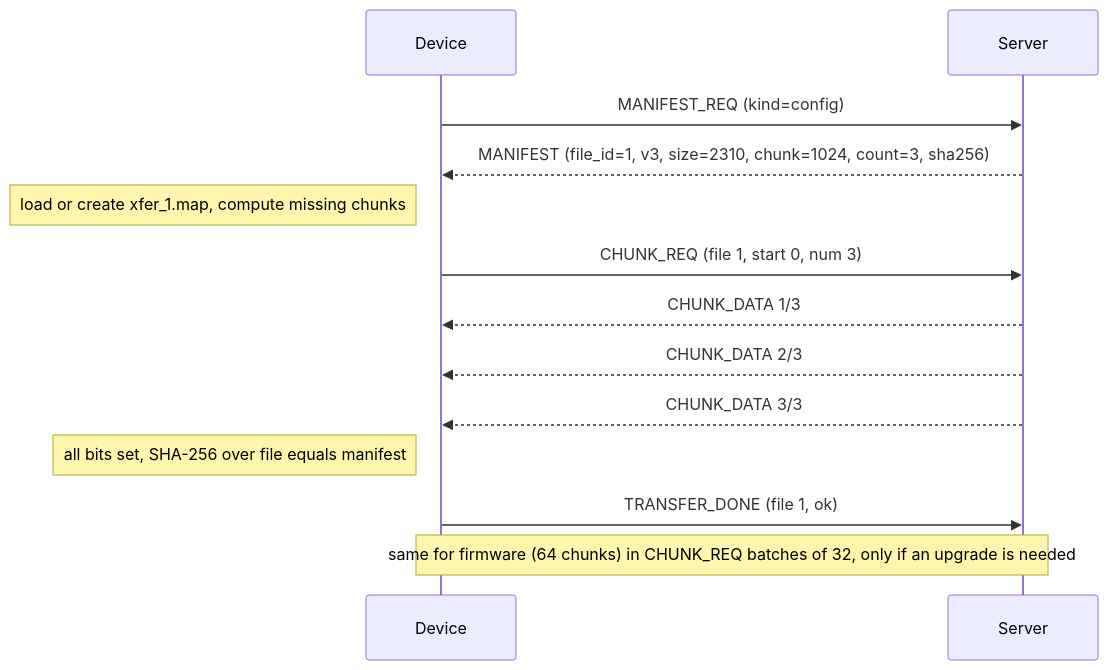
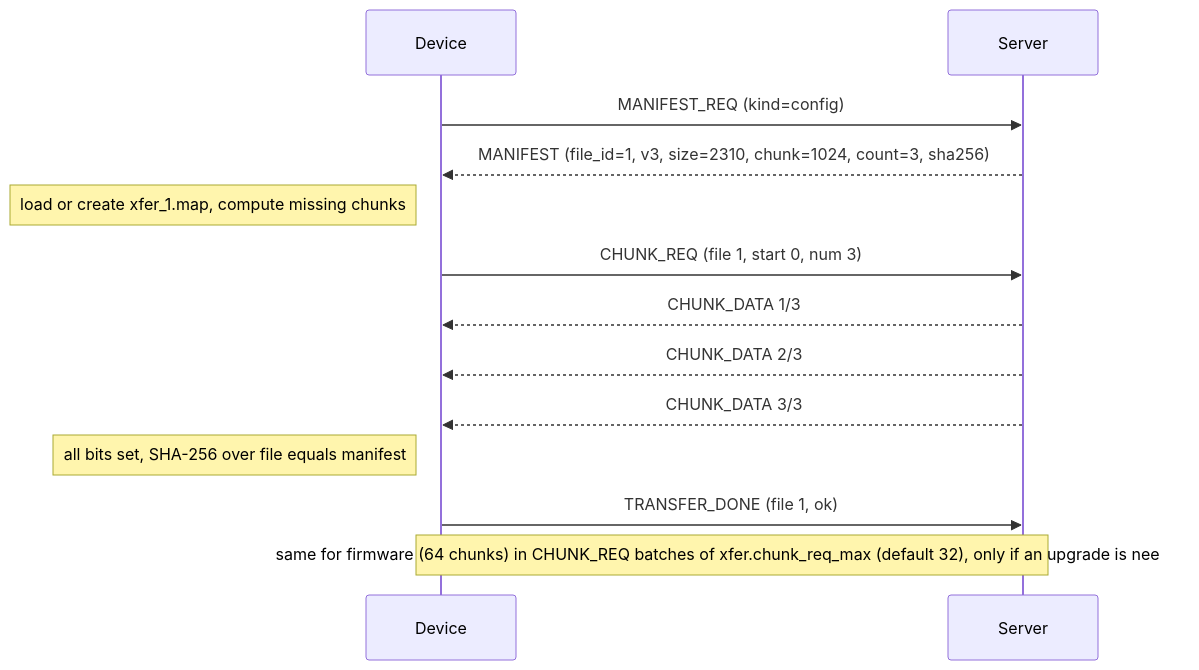
Before and after one commit to heysunilvk/ztp-project: diagram 14 of 23 in DESIGN.md, drawn with Mermaid. The commit also changed other lines of this file and 2 other files, not shown here.

````diff
--- a/DESIGN.md
+++ b/DESIGN.md
@@ -1057,15 +1257,15 @@
 ```mermaid
 sequenceDiagram
     participant D as Device
     participant S as Server
     D->>S: MANIFEST_REQ (kind=config)
     S-->>D: MANIFEST (file_id=1, v3, size=2310, chunk=1024, count=3, sha256)
     Note left of D: load or create xfer_1.map, compute missing chunks
     D->>S: CHUNK_REQ (file 1, start 0, num 3)
     S-->>D: CHUNK_DATA 1/3
     S-->>D: CHUNK_DATA 2/3
     S-->>D: CHUNK_DATA 3/3
     Note left of D: all bits set, SHA-256 over file equals manifest
     D->>S: TRANSFER_DONE (file 1, ok)
-    Note over D,S: same for firmware (64 chunks) in CHUNK_REQ batches of 32, only if an upgrade is needed
+    Note over D,S: same for firmware (64 chunks) in CHUNK_REQ batches of xfer.chunk_req_max (default 32), only if an upgrade is needed
 ```
````
